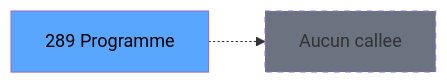
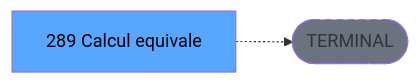
One commit to thonyAGP/lecteur-magic changed the third of 3 diagrams in .openspec/renders/ADH-IDE-289.md. Above: the diagram before and after it, drawn with Mermaid. The commit also changed other lines of this file and 701 other files, not shown here.

````diff
--- a/.openspec/renders/ADH-IDE-289.md
+++ b/.openspec/renders/ADH-IDE-289.md
@@ -143,8 +134,8 @@
 ```mermaid
 graph LR
-    T[289 Programme]
-    NONE[Aucun callee]
-    T -.-> NONE
+    T[289 Calcul equivale]
+    TERM([TERMINAL])
+    T -.-> TERM
+    style TERM fill:#6b7280,stroke-dasharray: 5 5
     style T fill:#58a6ff,color:#000
-    style NONE fill:#6b7280,stroke-dasharray: 5 5
 ```
````
